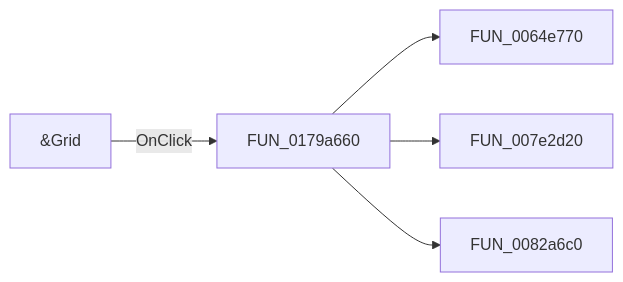
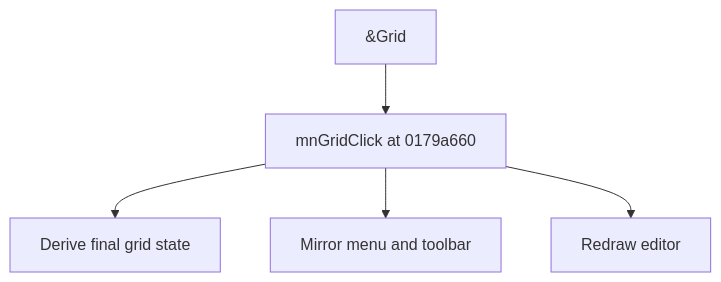
Before and after one commit to MovGP0/TIARA: the diagram in docs/ui-controls/shapeedit/mngrid-06369fdadf.md, drawn with Mermaid. The commit also changed other lines of this file and 1062 other files, not shown here.

````diff
--- a/docs/ui-controls/shapeedit/mngrid-06369fdadf.md
+++ b/docs/ui-controls/shapeedit/mngrid-06369fdadf.md
@@ -27,7 +27,7 @@
 ```mermaid
-flowchart LR
-    control["&Grid"] -->|OnClick| handler["FUN_0179a660"]
-    handler --> call1["FUN_0064e770"]
-    handler --> call2["FUN_007e2d20"]
-    handler --> call3["FUN_0082a6c0"]
+flowchart TD
+    control["&Grid"] --> handler["mnGridClick at 0179a660"]
+    handler --> step1["Derive final grid state"]
+    handler --> step2["Mirror menu and toolbar"]
+    handler --> step3["Redraw editor"]
 ```
````
